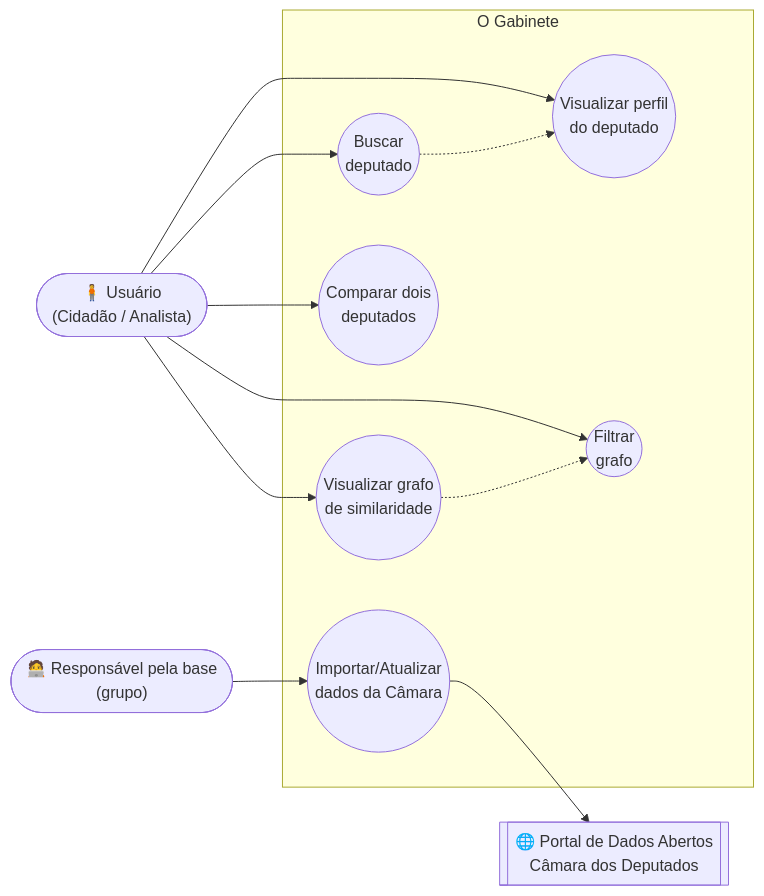
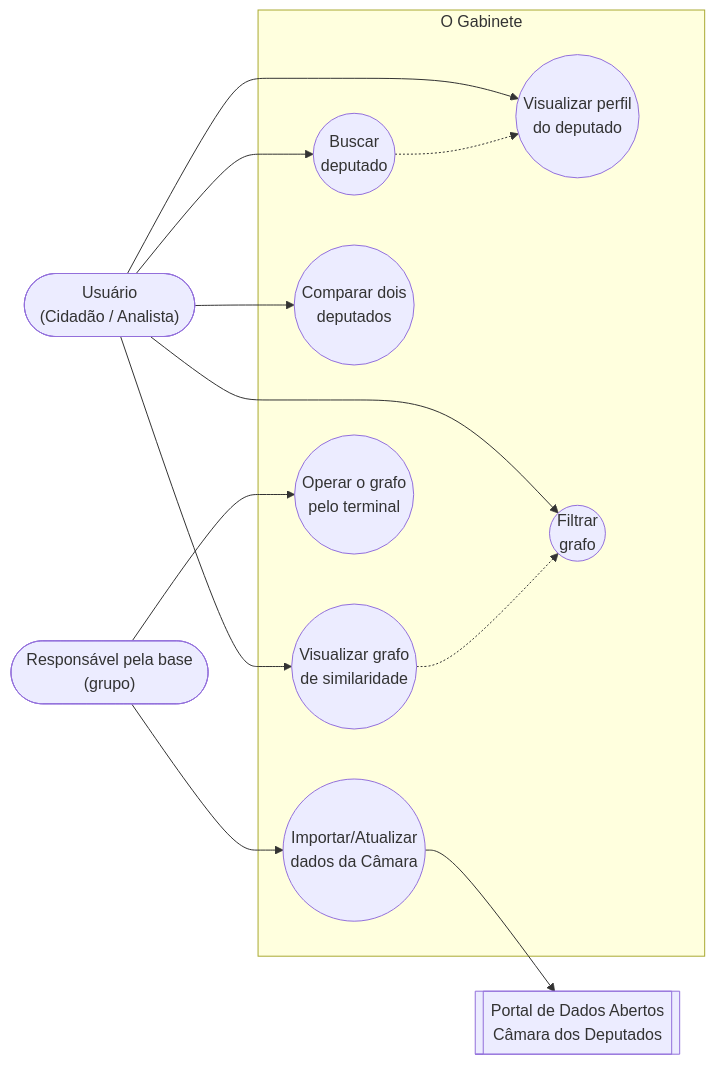
Before and after one commit to hissapinto/O_Gabinete: the first of 2 diagrams in README.md, drawn with Mermaid. The commit also changed other lines of this file, not shown here.

````diff
--- a/README.md
+++ b/README.md
@@ -208,34 +221,27 @@
 ```mermaid
 flowchart LR
-    Usuario(["🧍 Usuário
-    (Cidadão / Analista)"])
-    Admin(["🧑‍💻 Responsável pela base
-    (grupo)"])
-    API_Camara[["🌐 Portal de Dados Abertos
-    Câmara dos Deputados"]]
+    Usuario(["Usuário<br/>(Cidadão / Analista)"])
+    Admin(["Responsável pela base<br/>(grupo)"])
+    API_Camara[["Portal de Dados Abertos<br/>Câmara dos Deputados"]]
 
     subgraph Sistema["O Gabinete"]
-        UC1(("Visualizar grafo
-        de similaridade"))
-        UC2(("Buscar
-        deputado"))
-        UC3(("Visualizar perfil
-        do deputado"))
-        UC4(("Filtrar
-        grafo"))
-        UC5(("Comparar dois
-        deputados"))
-        UC6(("Importar/Atualizar
-        dados da Câmara"))
+        UC1(("Visualizar grafo<br/>de similaridade"))
+        UC2(("Buscar<br/>deputado"))
+        UC3(("Visualizar perfil<br/>do deputado"))
+        UC4(("Filtrar<br/>grafo"))
+        UC5(("Comparar dois<br/>deputados"))
+        UC6(("Importar/Atualizar<br/>dados da Câmara"))
+        UC7(("Operar o grafo<br/>pelo terminal"))
     end
 
     Usuario --> UC1
     Usuario --> UC2
     Usuario --> UC3
     Usuario --> UC4
     Usuario --> UC5
     Admin --> UC6
+    Admin --> UC7
     UC6 --> API_Camara
     UC2 -.-> UC3
     UC1 -.-> UC4
 ```
````
